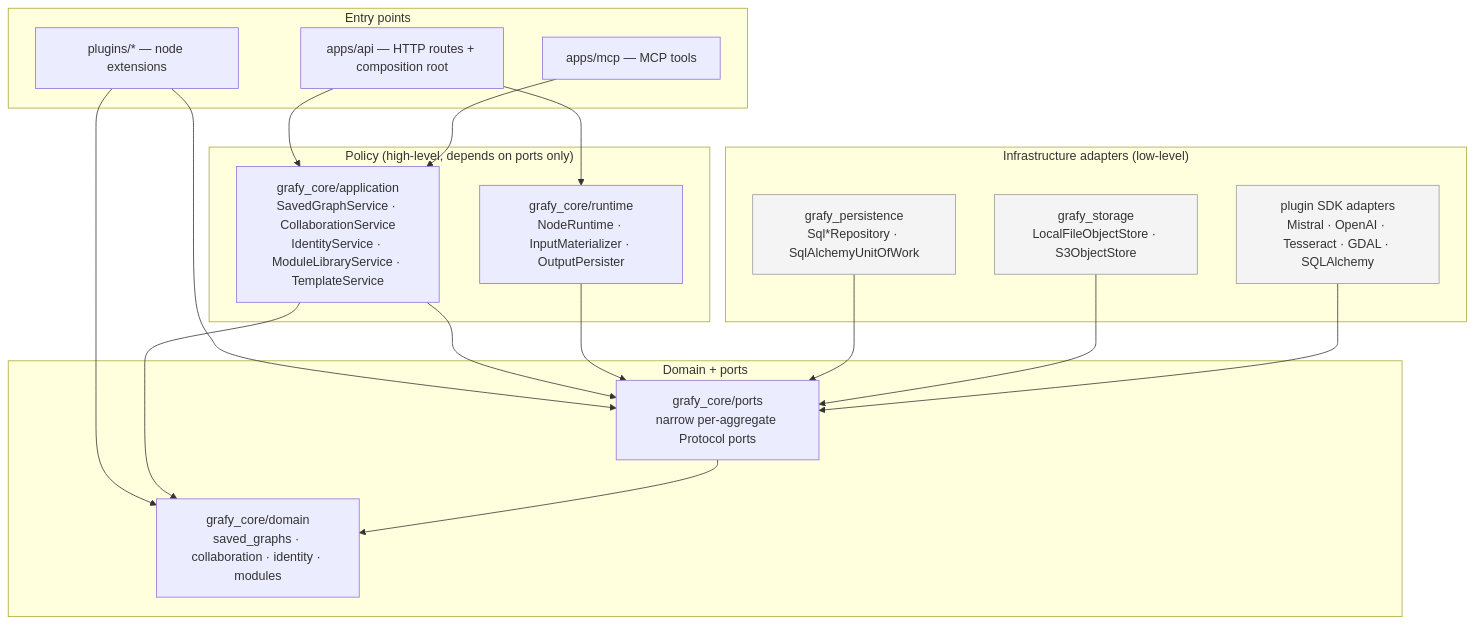
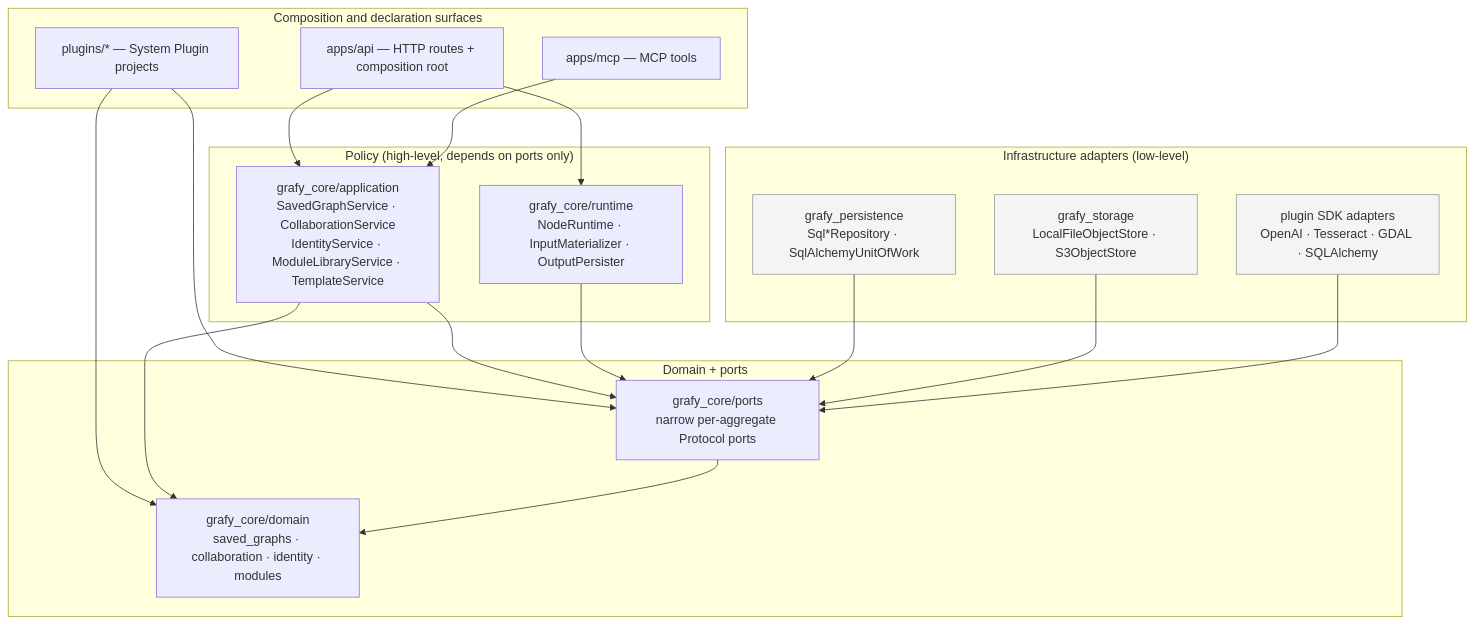
Before and after one commit to artpods56/KUL_IDUB_EcclesialSchematisms: the second of 13 diagrams in docs/design/backend-architecture.md, drawn with Mermaid. The commit also changed other lines of this file and 19 other files, not shown here.

Commit message:
docs(plugins): record unified release architecture and cutover

````diff
--- a/docs/design/backend-architecture.md
+++ b/docs/design/backend-architecture.md
@@ -76,38 +88,38 @@
 ```mermaid
 flowchart TB
-    subgraph EntryPoints["Entry points"]
+    subgraph Surfaces["Composition and declaration surfaces"]
         API["apps/api — HTTP routes + composition root"]
         MCP["apps/mcp — MCP tools"]
-        Plugins["plugins/* — node extensions"]
+        Plugins["plugins/* — System Plugin projects"]
     end
     subgraph Policy["Policy (high-level, depends on ports only)"]
         App["grafy_core/application\nSavedGraphService · CollaborationService\nIdentityService · ModuleLibraryService · TemplateService"]
         Runtime["grafy_core/runtime\nNodeRuntime · InputMaterializer · OutputPersister"]
     end
     subgraph Domain["Domain + ports"]
         DomainAgg["grafy_core/domain\nsaved_graphs · collaboration · identity · modules"]
         Ports["grafy_core/ports\nnarrow per-aggregate Protocol ports"]
     end
     subgraph Adapters["Infrastructure adapters (low-level)"]
         Persistence["grafy_persistence\nSql*Repository · SqlAlchemyUnitOfWork"]
         Storage["grafy_storage\nLocalFileObjectStore · S3ObjectStore"]
-        SDKs["plugin SDK adapters\nMistral · OpenAI · Tesseract · GDAL · SQLAlchemy"]
+        SDKs["plugin SDK adapters\nOpenAI · Tesseract · GDAL · SQLAlchemy"]
     end
 
     API --> App
     API --> Runtime
     MCP --> App
     Plugins --> Ports
     Plugins --> DomainAgg
     App --> Ports
     App --> DomainAgg
     Runtime --> Ports
     Ports --> DomainAgg
     Persistence --> Ports
     Storage --> Ports
     SDKs --> Ports
 
     style Persistence fill:#f4f4f4,stroke:#999
     style Storage fill:#f4f4f4,stroke:#999
     style SDKs fill:#f4f4f4,stroke:#999
 ```
````
